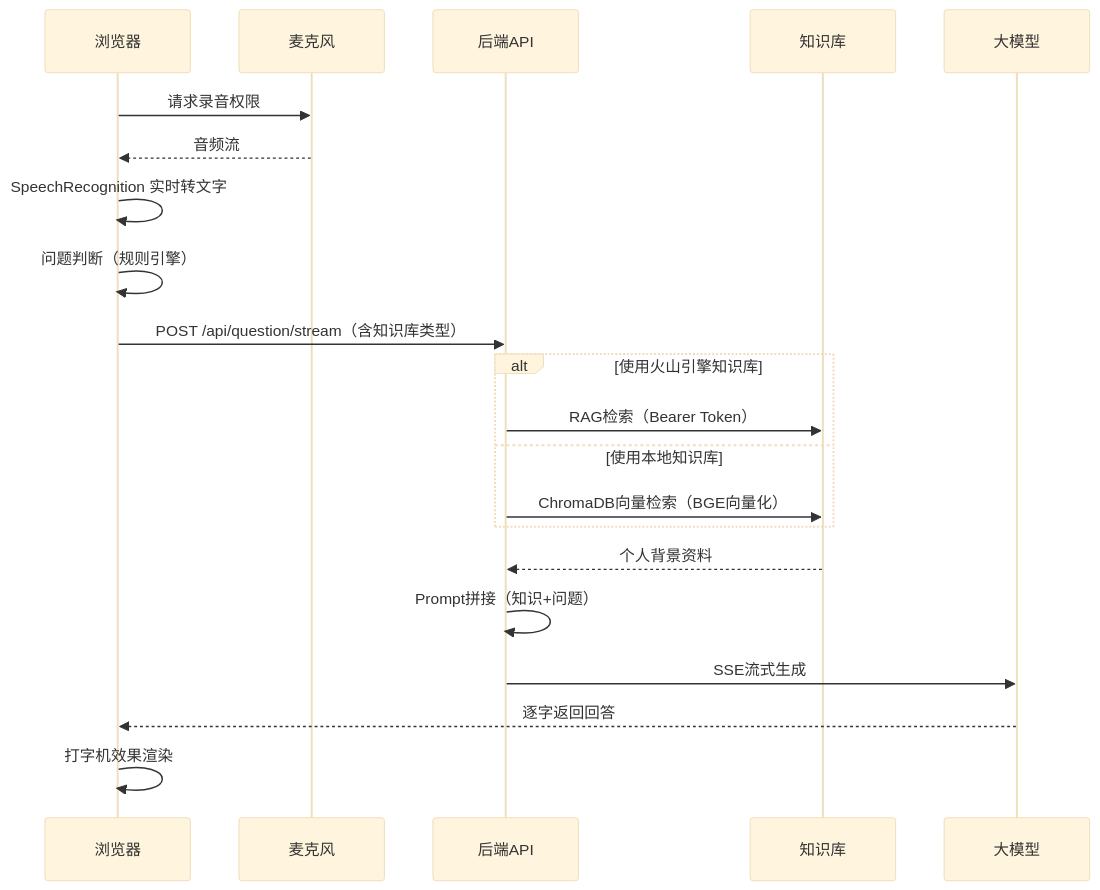
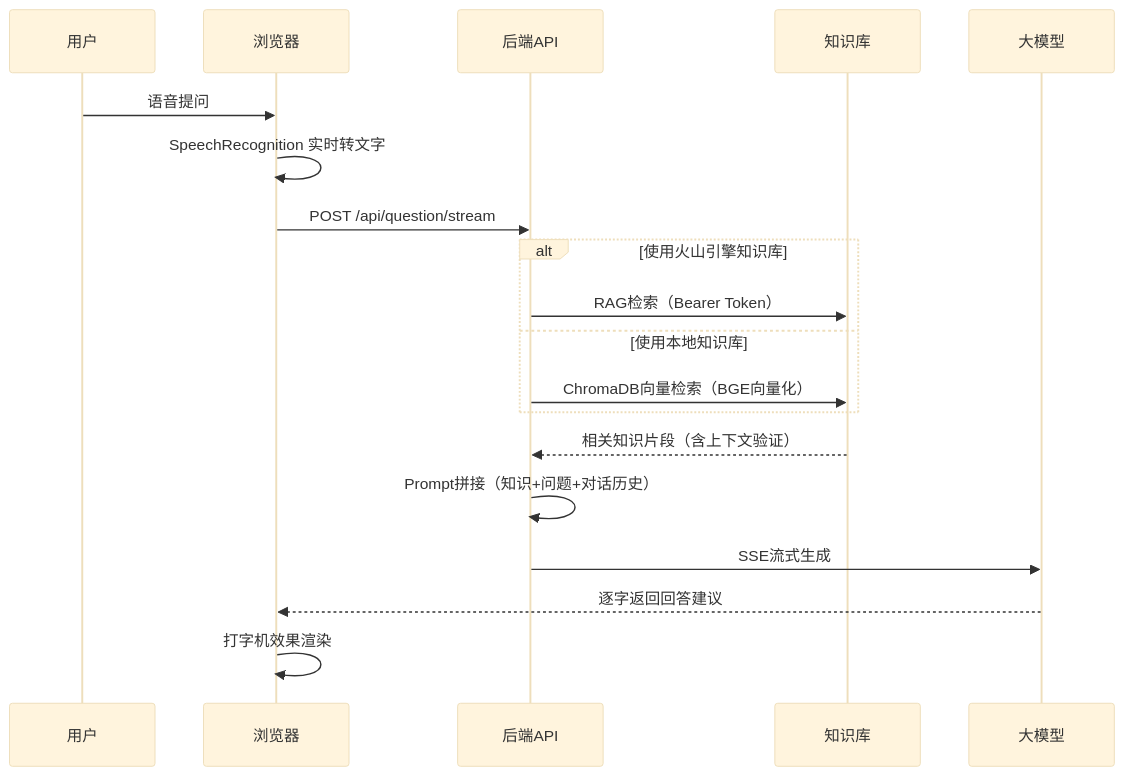
The diagram in README.md (siYuanJun/interview-tiger), drawn with Mermaid (base theme) before and after one commit. The commit also changed other lines of this file and 1 other file, not shown here.

````diff
--- a/README.md
+++ b/README.md
@@ -145,24 +121,22 @@
 ```mermaid
 sequenceDiagram
+    participant 用户
     participant 浏览器
-    participant 麦克风
     participant 后端API
     participant 知识库
     participant 大模型
 
-    浏览器->>麦克风: 请求录音权限
-    麦克风-->>浏览器: 音频流
+    用户->>浏览器: 语音提问
     浏览器->>浏览器: SpeechRecognition 实时转文字
-    浏览器->>浏览器: 问题判断（规则引擎）
-    浏览器->>后端API: POST /api/question/stream（含知识库类型）
+    浏览器->>后端API: POST /api/question/stream
     alt 使用火山引擎知识库
         后端API->>知识库: RAG检索（Bearer Token）
     else 使用本地知识库
         后端API->>知识库: ChromaDB向量检索（BGE向量化）
     end
-    知识库-->>后端API: 个人背景资料
-    后端API->>后端API: Prompt拼接（知识+问题）
+    知识库-->>后端API: 相关知识片段（含上下文验证）
+    后端API->>后端API: Prompt拼接（知识+问题+对话历史）
     后端API->>大模型: SSE流式生成
-    大模型-->>浏览器: 逐字返回回答
+    大模型-->>浏览器: 逐字返回回答建议
     浏览器->>浏览器: 打字机效果渲染
 ```
````
